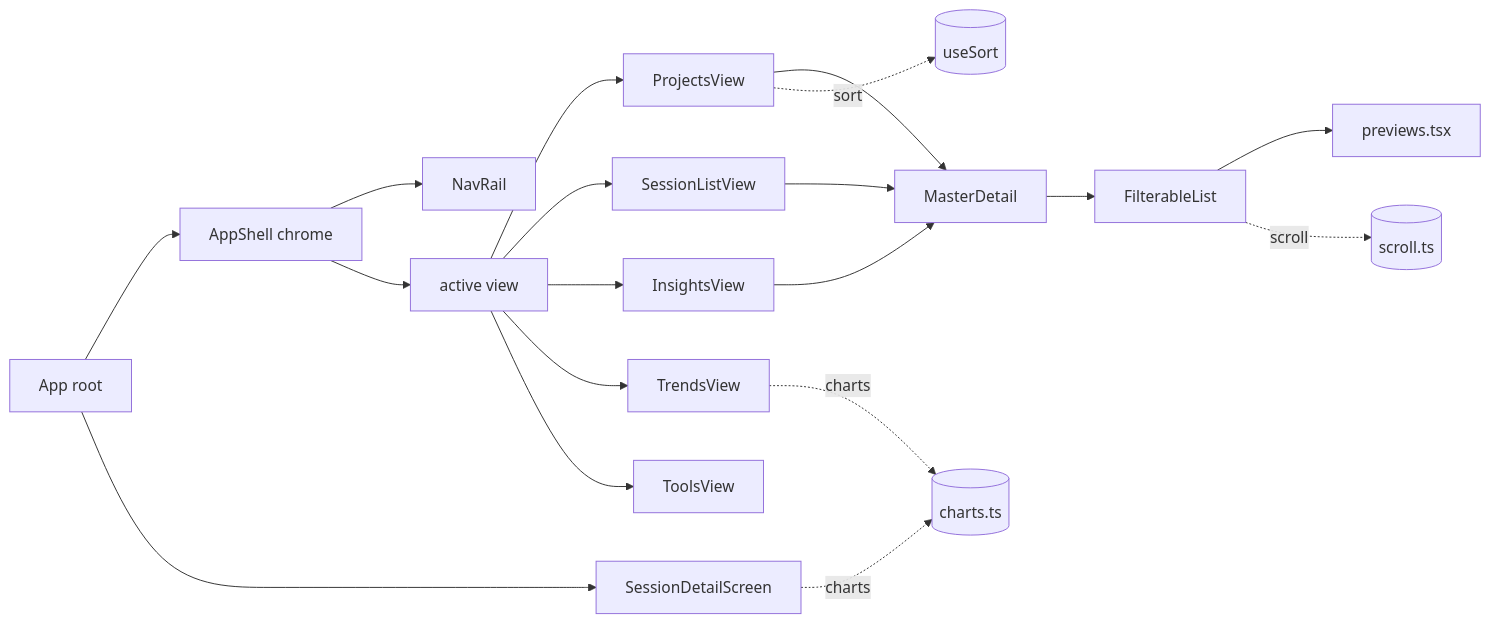
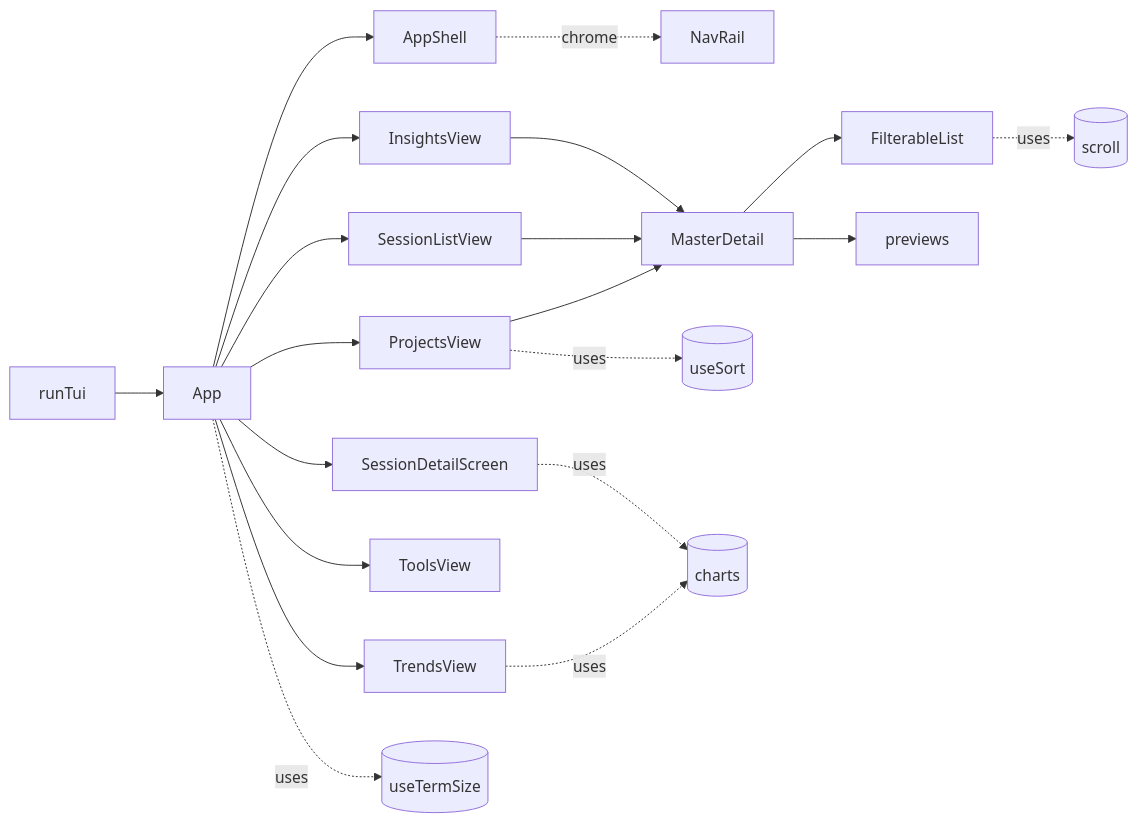
The first of 2 diagrams in wiki/4-tui.md (yorch/cc-analyzer), drawn with Mermaid before and after one commit. The commit also changed other lines of this file and 15 other files, not shown here.

First line of the commit message:
docs(wiki): reconcile with #42 (schema v8, chart/analytics changes)

````diff
--- a/wiki/4-tui.md
+++ b/wiki/4-tui.md
@@ -37,24 +39,24 @@
 ```mermaid
 flowchart LR
-    App[App root] --> Shell[AppShell chrome]
-    Shell --> Rail[NavRail]
-    Shell --> Body[active view]
+    runTui[runTui] --> App
+    App --> AppShell
+    AppShell -.chrome.-> NavRail[NavRail]
+    App --> ProjectsView
+    App --> SessionListView
+    App --> InsightsView
+    App --> TrendsView
+    App --> ToolsView
+    App --> SessionDetailScreen
 
-    Body --> Projects[ProjectsView]
-    Body --> Sessions[SessionListView]
-    Body --> Insights[InsightsView]
-    Body --> Trends[TrendsView]
-    Body --> Tools[ToolsView]
-    App --> Detail[SessionDetailScreen]
+    ProjectsView --> MasterDetail
+    SessionListView --> MasterDetail
+    InsightsView --> MasterDetail
+    MasterDetail --> FilterableList
+    MasterDetail --> previews[previews]
 
-    Projects --> MD[MasterDetail]
-    Sessions --> MD
-    Insights --> MD
-    MD --> FL[FilterableList]
-    FL --> Preview[previews.tsx]
-
-    Trends -.charts.-> Charts[(charts.ts)]
-    Detail -.charts.-> Charts
-    FL -.scroll.-> Scroll[(scroll.ts)]
-    Projects -.sort.-> Sort[(useSort)]
+    FilterableList -.uses.-> scroll[(scroll)]
+    ProjectsView -.uses.-> useSort[(useSort)]
+    TrendsView -.uses.-> charts[(charts)]
+    SessionDetailScreen -.uses.-> charts
+    App -.uses.-> useTermSize[(useTermSize)]
 ```
````
